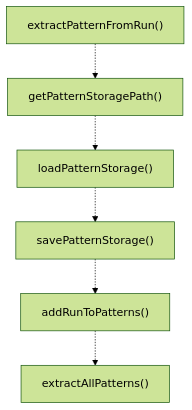
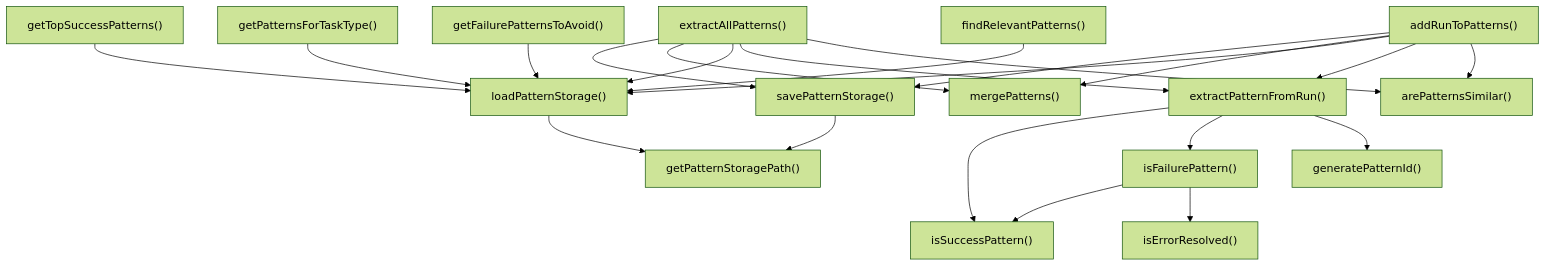
Before and after one commit to Mekann2904/mekann: the third of 4 diagrams in ABDD/.pi/lib/pattern-extraction.md, drawn with Mermaid (forest theme). The commit also changed other lines of this file and 277 other files, not shown here.

````diff
--- a/ABDD/.pi/lib/pattern-extraction.md
+++ b/ABDD/.pi/lib/pattern-extraction.md
@@ -100,14 +100,40 @@
 ```mermaid
 flowchart TD
+  addRunToPatterns["addRunToPatterns()"]
+  arePatternsSimilar["arePatternsSimilar()"]
+  extractAllPatterns["extractAllPatterns()"]
   extractPatternFromRun["extractPatternFromRun()"]
+  findRelevantPatterns["findRelevantPatterns()"]
+  generatePatternId["generatePatternId()"]
+  getFailurePatternsToAvoid["getFailurePatternsToAvoid()"]
   getPatternStoragePath["getPatternStoragePath()"]
+  getPatternsForTaskType["getPatternsForTaskType()"]
+  getTopSuccessPatterns["getTopSuccessPatterns()"]
+  isErrorResolved["isErrorResolved()"]
+  isFailurePattern["isFailurePattern()"]
+  isSuccessPattern["isSuccessPattern()"]
   loadPatternStorage["loadPatternStorage()"]
+  mergePatterns["mergePatterns()"]
   savePatternStorage["savePatternStorage()"]
-  addRunToPatterns["addRunToPatterns()"]
-  extractAllPatterns["extractAllPatterns()"]
-  extractPatternFromRun -.-> getPatternStoragePath
-  getPatternStoragePath -.-> loadPatternStorage
-  loadPatternStorage -.-> savePatternStorage
-  savePatternStorage -.-> addRunToPatterns
-  addRunToPatterns -.-> extractAllPatterns
+  addRunToPatterns --> arePatternsSimilar
+  addRunToPatterns --> extractPatternFromRun
+  addRunToPatterns --> loadPatternStorage
+  addRunToPatterns --> mergePatterns
+  addRunToPatterns --> savePatternStorage
+  extractAllPatterns --> arePatternsSimilar
+  extractAllPatterns --> extractPatternFromRun
+  extractAllPatterns --> loadPatternStorage
+  extractAllPatterns --> mergePatterns
+  extractAllPatterns --> savePatternStorage
+  extractPatternFromRun --> generatePatternId
+  extractPatternFromRun --> isFailurePattern
+  extractPatternFromRun --> isSuccessPattern
+  findRelevantPatterns --> loadPatternStorage
+  getFailurePatternsToAvoid --> loadPatternStorage
+  getPatternsForTaskType --> loadPatternStorage
+  getTopSuccessPatterns --> loadPatternStorage
+  isFailurePattern --> isErrorResolved
+  isFailurePattern --> isSuccessPattern
+  loadPatternStorage --> getPatternStoragePath
+  savePatternStorage --> getPatternStoragePath
 ```
````
